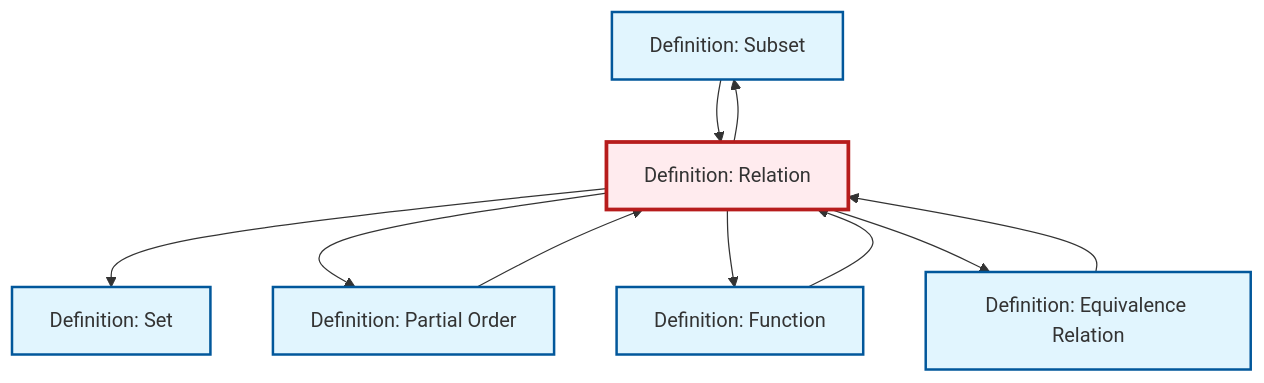
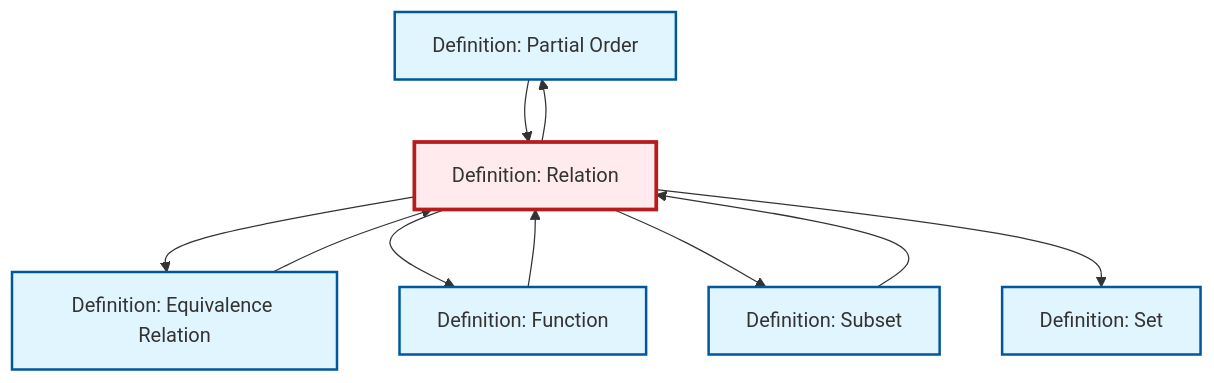
Before and after one commit to RK0429/ModernMath: the diagram in content/en/logic-set-theory/def-relation.qmd, drawn with Mermaid. The commit also changed other lines of this file and 672 other files, not shown here.

````diff
--- a/content/en/logic-set-theory/def-relation.qmd
+++ b/content/en/logic-set-theory/def-relation.qmd
@@ -90,30 +90,30 @@
 ```{mermaid}
 %%| fig-cap: "Local dependency graph"
 graph TD
     classDef definition fill:#e1f5fe,stroke:#01579b,stroke-width:2px
     classDef theorem fill:#f3e5f5,stroke:#4a148c,stroke-width:2px
     classDef axiom fill:#fff3e0,stroke:#e65100,stroke-width:2px
     classDef example fill:#e8f5e9,stroke:#1b5e20,stroke-width:2px
     classDef current fill:#ffebee,stroke:#b71c1c,stroke-width:3px
+    def-set["Definition: Set"]:::definition
+    def-partial-order["Definition: Partial Order"]:::definition
+    def-function["Definition: Function"]:::definition
     def-subset["Definition: Subset"]:::definition
-    def-partial-order["Definition: Partial Order"]:::definition
-    def-set["Definition: Set"]:::definition
     def-equivalence-relation["Definition: Equivalence Relation"]:::definition
-    def-function["Definition: Function"]:::definition
     def-relation["Definition: Relation"]:::definition
-    def-function --> def-relation
-    def-relation --> def-set
-    def-partial-order --> def-relation
+    def-relation --> def-equivalence-relation
     def-equivalence-relation --> def-relation
-    def-relation --> def-partial-order
     def-relation --> def-function
     def-relation --> def-subset
+    def-relation --> def-partial-order
+    def-relation --> def-set
     def-subset --> def-relation
-    def-relation --> def-equivalence-relation
+    def-partial-order --> def-relation
+    def-function --> def-relation
     class def-relation current
+    click def-set "def-set.html" "Go to Set definition"
+    click def-partial-order "def-partial-order.html" "Go to Partial Order definition"
+    click def-function "def-function.html" "Go to Function definition"
     click def-subset "def-subset.html" "Go to Subset definition"
-    click def-partial-order "def-partial-order.html" "Go to Partial Order definition"
-    click def-set "def-set.html" "Go to Set definition"
     click def-equivalence-relation "def-equivalence-relation.html" "Go to Equivalence Relation definition"
-    click def-function "def-function.html" "Go to Function definition"
 ```
````
